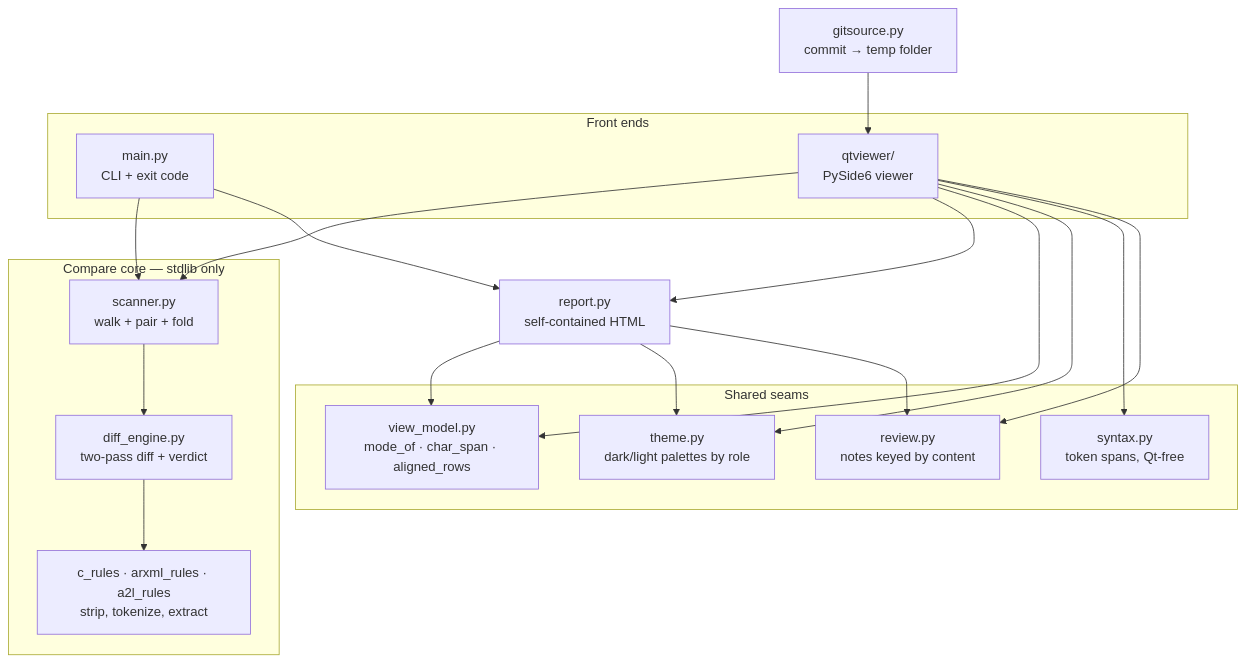
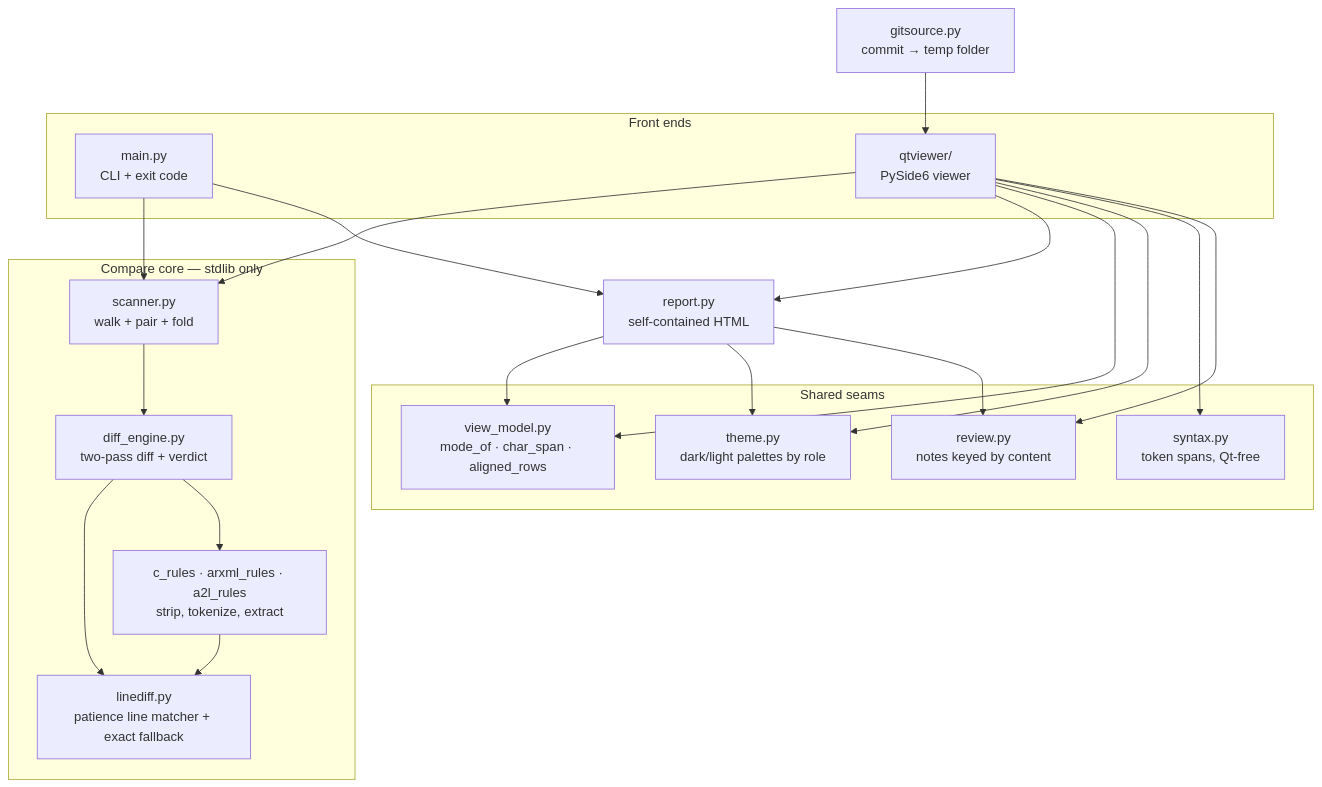
One commit to longvo92/codegen-compare-tool changed the first of 2 diagrams in docs/architecture.md. Above: the diagram before and after it, drawn with Mermaid. The commit also changed other lines of this file and 7 other files, not shown here.

````diff
--- a/docs/architecture.md
+++ b/docs/architecture.md
@@ -26,35 +26,38 @@
 ```mermaid
 flowchart TD
     subgraph front[Front ends]
         CLI[main.py<br/>CLI + exit code]
         QT[qtviewer/<br/>PySide6 viewer]
     end
     subgraph core[Compare core — stdlib only]
         SC[scanner.py<br/>walk + pair + fold]
         DE[diff_engine.py<br/>two-pass diff + verdict]
+        LD[linediff.py<br/>patience line matcher + exact fallback]
         RULES[c_rules · arxml_rules · a2l_rules<br/>strip, tokenize, extract]
     end
     subgraph shared[Shared seams]
         VM[view_model.py<br/>mode_of · char_span · aligned_rows]
         TH[theme.py<br/>dark/light palettes by role]
         RV[review.py<br/>notes keyed by content]
         SY[syntax.py<br/>token spans, Qt-free]
     end
     RP[report.py<br/>self-contained HTML]
     GS[gitsource.py<br/>commit → temp folder]
 
     CLI --> SC
     QT --> SC
     GS --> QT
     SC --> DE
+    DE --> LD
     DE --> RULES
+    RULES --> LD
     CLI --> RP
     QT --> RP
     RP --> VM
     QT --> VM
     RP --> TH
     QT --> TH
     QT --> SY
     RP --> RV
     QT --> RV
 ```
````
